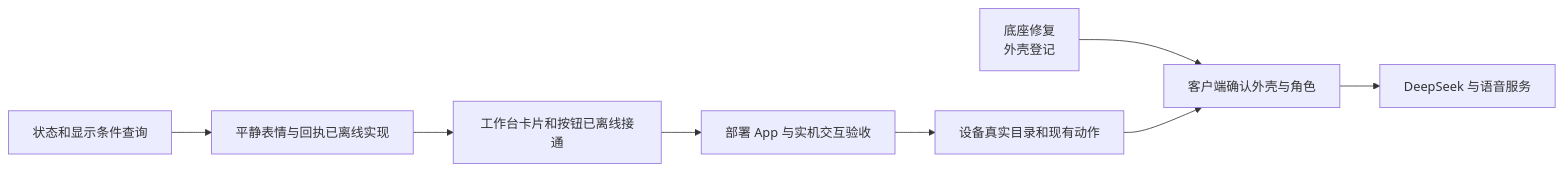
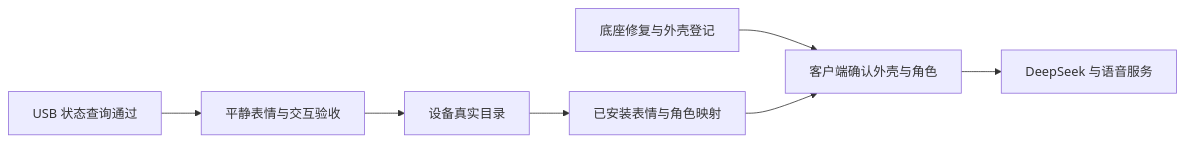
One commit to 404-NOT-FOUND-ERROR/DeskBot-Hardware changed the diagram in docs/project-mainline.md. Above: the diagram before and after it, drawn with Mermaid. The commit also changed other lines of this file and 52 other files, not shown here.

````diff
--- a/docs/project-mainline.md
+++ b/docs/project-mainline.md
@@ -23,10 +15,9 @@
 ```mermaid
 flowchart LR
-    A[状态和显示条件查询] --> B[平静表情与回执已离线实现]
-    B --> C[工作台卡片和按钮已离线接通]
-    C --> H[部署 App 与实机交互验收]
-    H --> D[设备真实目录和现有动作]
-    E[底座修复\n外壳登记] --> F[客户端确认外壳与角色]
+    A[USB 状态查询通过] --> B[平静表情与交互验收]
+    B --> C[设备真实目录]
+    C --> D[已安装表情与角色映射]
+    E[底座修复与外壳登记] --> F[客户端确认外壳与角色]
     D --> F
     F --> G[DeepSeek 与语音服务]
 ```
````
